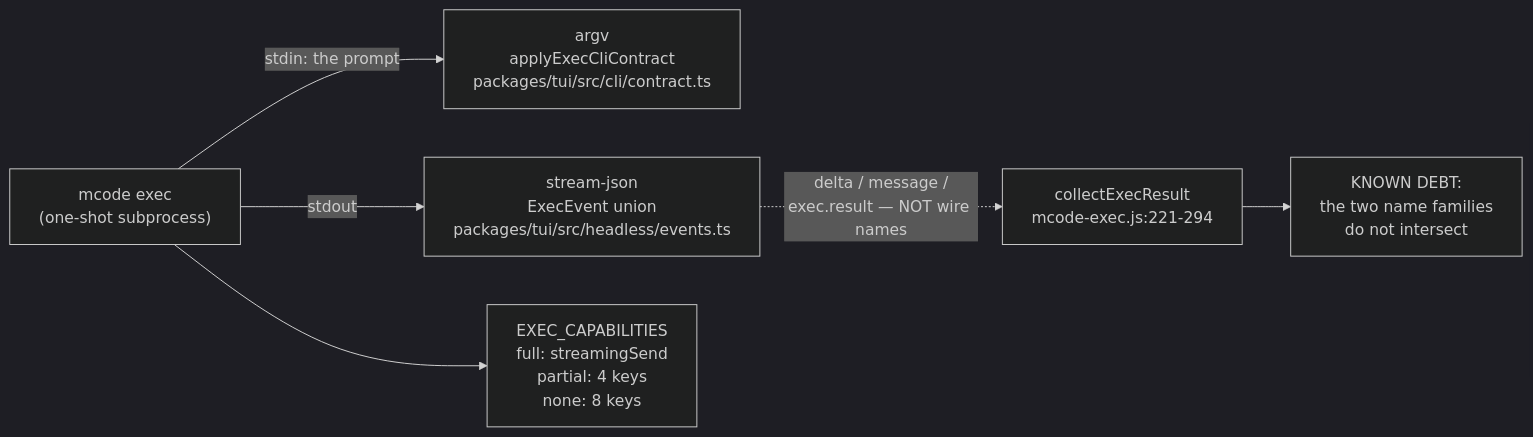
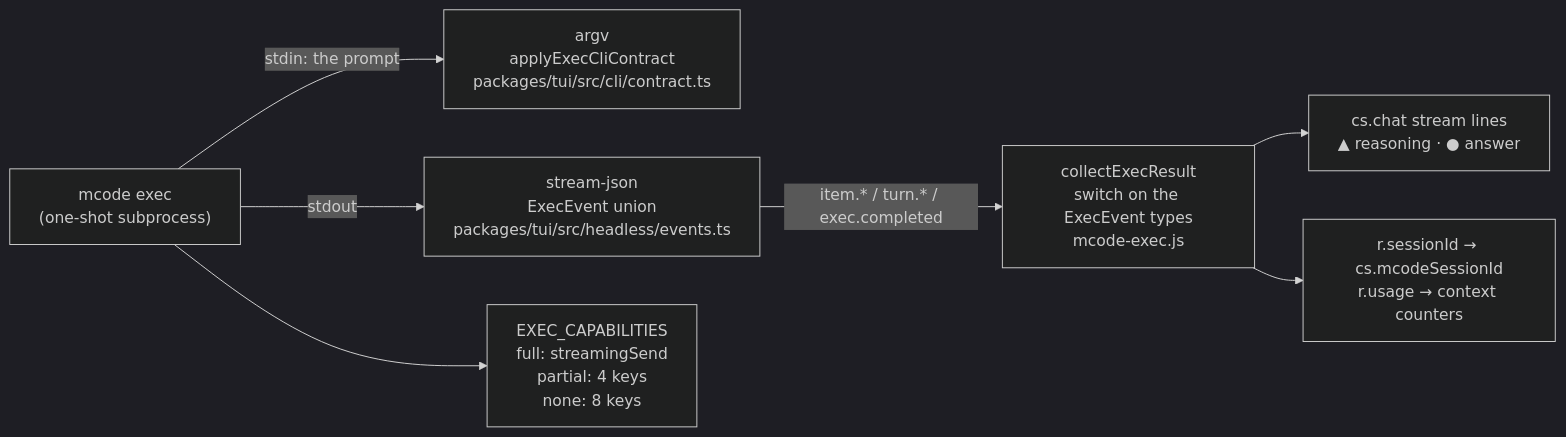
Before and after one commit to mcode-webui/minimax-code-web: the sixth of 6 diagrams in packages/webui/docs/ARCHITECTURE.md, drawn with Mermaid (dark theme). The commit also changed other lines of this file and 30 other files, not shown here.

First line of the commit message:
fix(webui): exec stream events + P17 svg escape + PB-1 session context actions + PB-8 services window + M4-3a deleteSession facade (#159)

````diff
--- a/packages/webui/docs/ARCHITECTURE.md
+++ b/packages/webui/docs/ARCHITECTURE.md
@@ -697,14 +697,15 @@
 ```mermaid
 graph LR
     EXEC["mcode exec<br/>(one-shot subprocess)"]
     ARGS["argv<br/>applyExecCliContract<br/>packages/tui/src/cli/contract.ts"]
     WIRE["stream-json<br/>ExecEvent union<br/>packages/tui/src/headless/events.ts"]
-    PARSE["collectExecResult<br/>mcode-exec.js:221-294"]
+    PARSE["collectExecResult<br/>switch on the ExecEvent types<br/>mcode-exec.js"]
 
     EXEC -->|stdin: the prompt| ARGS
     EXEC -->|stdout| WIRE
-    WIRE -.->|"delta / message /<br/>exec.result — NOT wire names"| PARSE
-    PARSE --> GAP["KNOWN DEBT:<br/>the two name families<br/>do not intersect"]
+    WIRE -->|"item.* / turn.* / exec.completed"| PARSE
+    PARSE --> CHAT["cs.chat stream lines<br/>▲ reasoning · ● answer"]
+    PARSE --> SID["r.sessionId → cs.mcodeSessionId<br/>r.usage → context counters"]
 
     EXEC --> DECL["EXEC_CAPABILITIES<br/>full: streamingSend<br/>partial: 4 keys<br/>none: 8 keys"]
 ```
````
